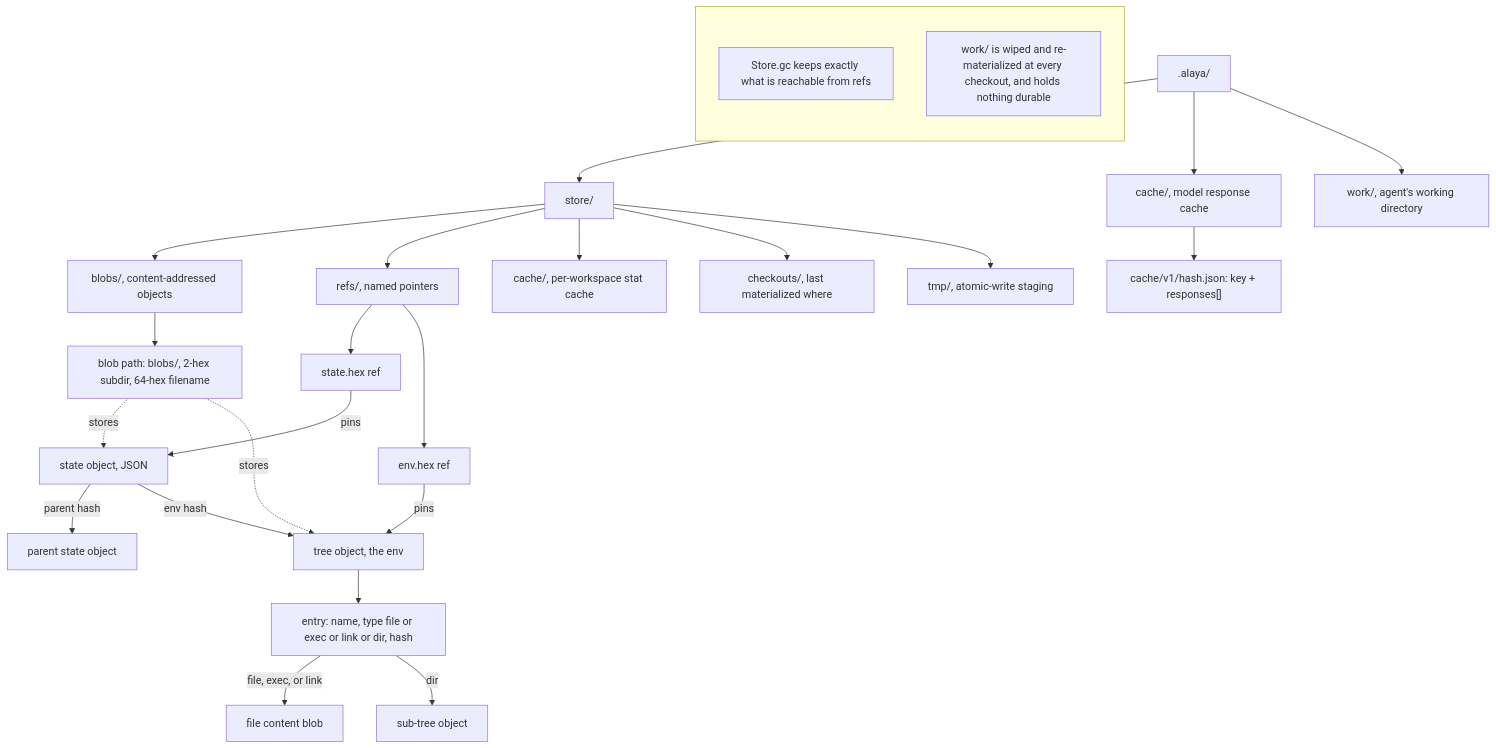
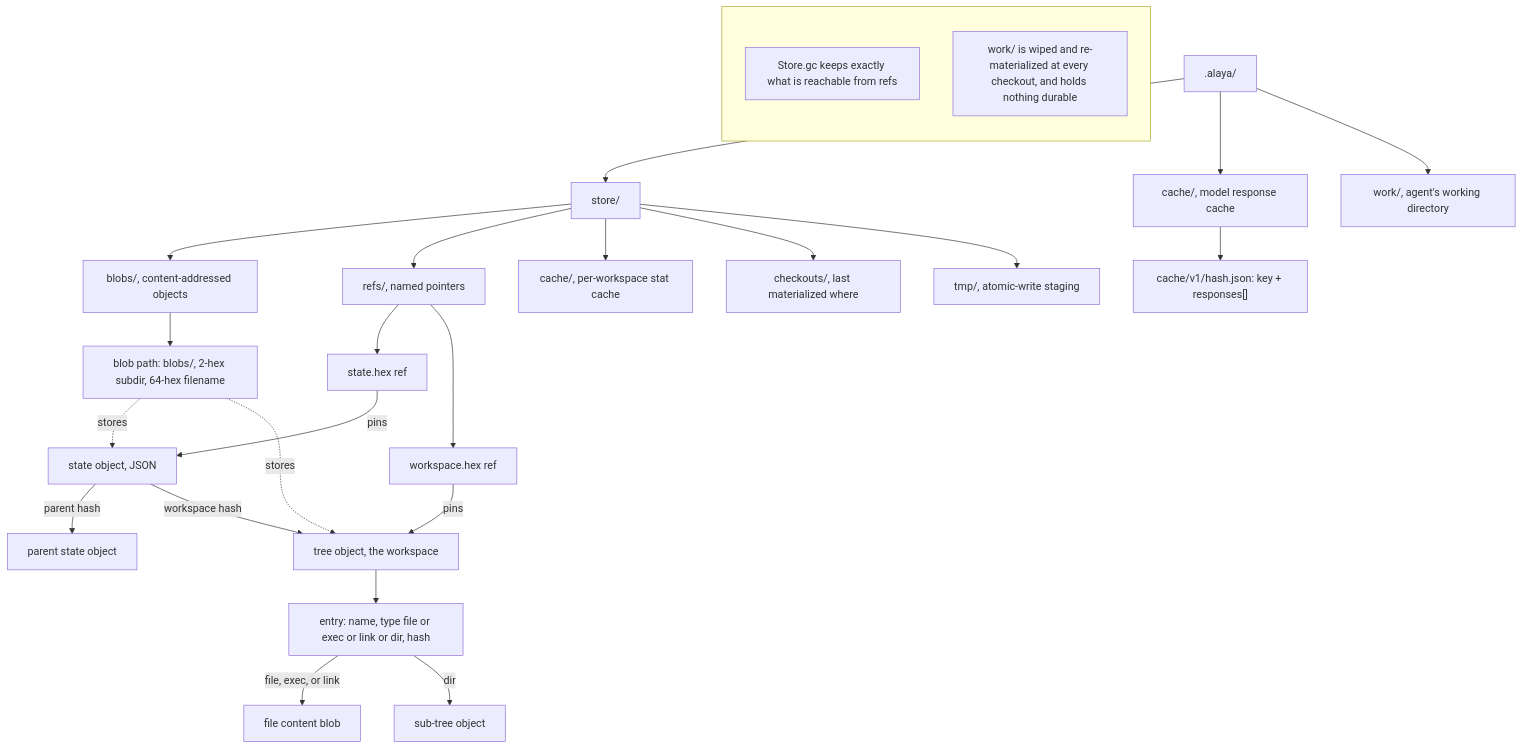
One commit to mechtaev/alaya changed the third of 3 diagrams in docs/trajectory-schema.md. Above: the diagram before and after it, drawn with Mermaid. The commit also changed other lines of this file and 10 other files, not shown here.

First line of the commit message:
One schema, no git, no benchmark tool

````diff
--- a/docs/trajectory-schema.md
+++ b/docs/trajectory-schema.md
@@ -137,55 +174,55 @@
 ```mermaid
 flowchart TD
   alayaRoot[".alaya/"]
   storeDir["store/"]
   modelCacheDir["cache/, model response cache"]
   workDir["work/, agent's working directory"]
   alayaRoot --> storeDir
   alayaRoot --> modelCacheDir
   alayaRoot --> workDir
 
   blobsDir["blobs/, content-addressed objects"]
   refsDir["refs/, named pointers"]
   statCacheDir["cache/, per-workspace stat cache"]
   checkoutsDir["checkouts/, last materialized where"]
   tmpDir["tmp/, atomic-write staging"]
   storeDir --> blobsDir
   storeDir --> refsDir
   storeDir --> statCacheDir
   storeDir --> checkoutsDir
   storeDir --> tmpDir
 
   blobLayout["blob path: blobs/, 2-hex subdir, 64-hex filename"]
   blobsDir --> blobLayout
 
   stateObj["state object, JSON"]
   parentState["parent state object"]
-  envTree["tree object, the env"]
+  envTree["tree object, the workspace"]
   blobLayout -.stores.-> stateObj
   blobLayout -.stores.-> envTree
   stateObj -->|parent hash| parentState
-  stateObj -->|env hash| envTree
+  stateObj -->|workspace hash| envTree
 
   treeEntry["entry: name, type file or exec or link or dir, hash"]
   envTree --> treeEntry
   fileBlob["file content blob"]
   subTree["sub-tree object"]
   treeEntry -->|file, exec, or link| fileBlob
   treeEntry -->|dir| subTree
 
   stateRef["state.hex ref"]
-  envRef["env.hex ref"]
+  envRef["workspace.hex ref"]
   refsDir --> stateRef
   refsDir --> envRef
   stateRef -->|pins| stateObj
   envRef -->|pins| envTree
 
   cacheEntry["cache/v1/hash.json: key + responses[]"]
   modelCacheDir --> cacheEntry
 
   subgraph Notes[" "]
     direction TB
     gcNote["Store.gc keeps exactly what is reachable from refs"]
     workNote["work/ is wiped and re-materialized at every checkout, and holds nothing durable"]
   end
 ```
````
